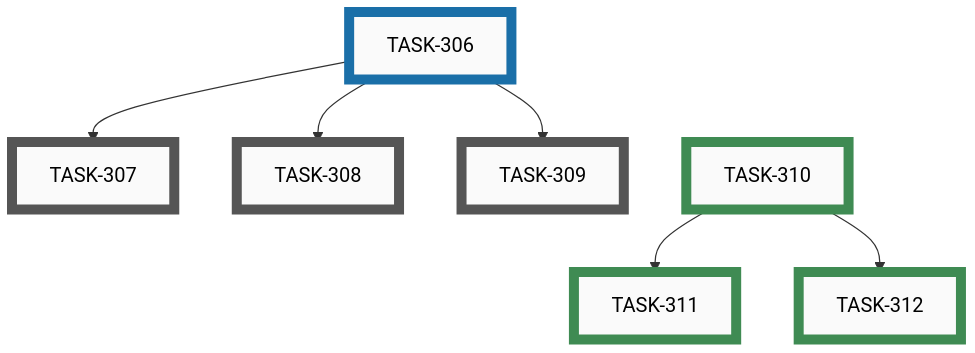
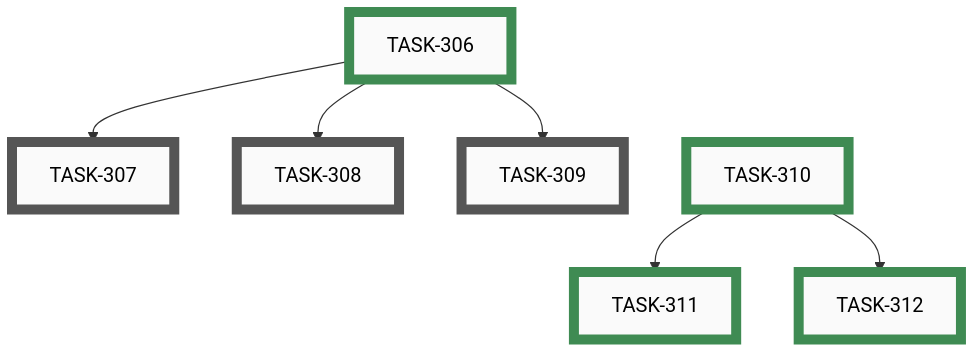
Before and after one commit to tgd1975/AwesomeStudioPedal: the fifth of 6 diagrams in docs/developers/tasks/EPICS.md, drawn with Mermaid. The commit also changed other lines of this file and 3 other files, not shown here.

Commit message:
close TASK-306: Profile-independent actions — firmware + schema

````diff
--- a/docs/developers/tasks/EPICS.md
+++ b/docs/developers/tasks/EPICS.md
@@ -161,31 +161,31 @@
 ```mermaid
 graph TD
     TASK_307["TASK-307"]:::open
     TASK_308["TASK-308"]:::open
     TASK_309["TASK-309"]:::open
-    TASK_306["TASK-306"]:::active
+    TASK_306["TASK-306"]:::closed
     TASK_310["TASK-310"]:::closed
     TASK_311["TASK-311"]:::closed
     TASK_312["TASK-312"]:::closed
     TASK_306 --> TASK_307
     TASK_306 --> TASK_308
     TASK_306 --> TASK_309
     TASK_310 --> TASK_311
     TASK_310 --> TASK_312
     TASK_306 ~~~ TASK_310
     click TASK_307 "open/task-307-profile-independent-actions-simulator.md"
     click TASK_308 "open/task-308-profile-independent-actions-config-builder.md"
     click TASK_309 "open/task-309-profile-independent-actions-flutter-app.md"
-    click TASK_306 "active/task-306-profile-independent-actions-firmware.md"
+    click TASK_306 "closed/task-306-profile-independent-actions-firmware.md"
     click TASK_310 "closed/task-310-configurable-ble-device-name-firmware.md"
     click TASK_311 "closed/task-311-configurable-ble-device-name-config-builder.md"
     click TASK_312 "closed/task-312-configurable-ble-device-name-flutter-app.md"
     classDef open    fill:#FAFAFA,stroke:#555,stroke-width:8px,color:#000
     classDef active  fill:#FAFAFA,stroke:#1A6FA8,stroke-width:8px,color:#000
     classDef closed  fill:#FAFAFA,stroke:#3F8B53,stroke-width:8px,color:#000
     classDef paused  fill:#FAFAFA,stroke:#B07810,stroke-width:8px,color:#000
     classDef openExt    fill:#000,stroke:#888,stroke-width:8px,color:#FFF
     classDef activeExt  fill:#000,stroke:#3FA9F5,stroke-width:8px,color:#FFF
     classDef closedExt  fill:#000,stroke:#7CC68A,stroke-width:8px,color:#FFF
     classDef pausedExt  fill:#000,stroke:#F0B030,stroke-width:8px,color:#FFF
 ```
````
